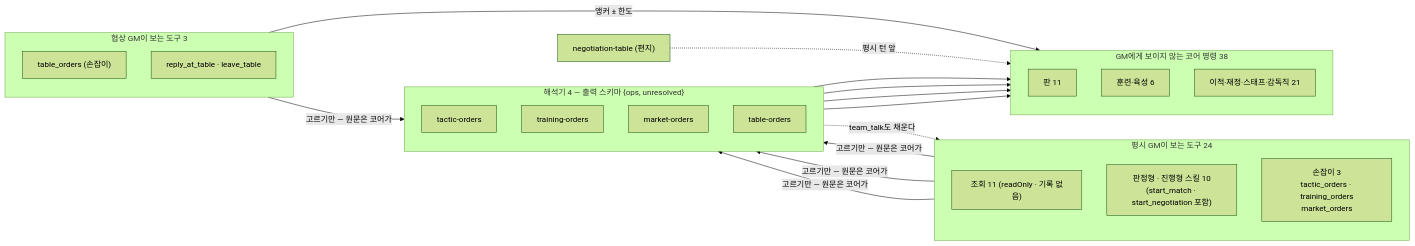
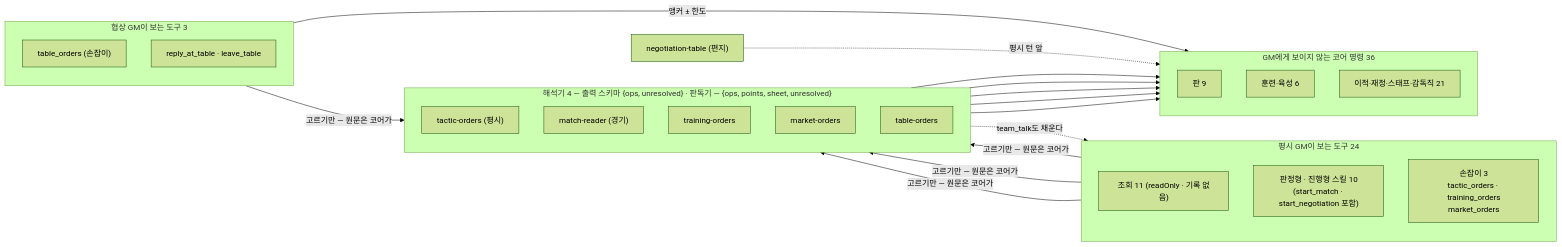
One commit to dhoonjang/story-fm changed the sixth of 11 diagrams in docs/llm/pipeline.md. Above: the diagram before and after it, drawn with Mermaid (forest theme). The commit also changed other lines of this file and 9 other files, not shown here.

Commit message:
docs(match): 경기를 코어 로직과 전술 포인트·시트의 두 층으로 가르고 판독기 하나가 위층을 쓴다

````diff
--- a/docs/llm/pipeline.md
+++ b/docs/llm/pipeline.md
@@ -217,35 +217,37 @@
 ```mermaid
 flowchart LR
   subgraph GMTOOLS["평시 GM이 보는 도구 24"]
     direction TB
     RO["조회 11 (readOnly · 기록 없음)"]
     SK["판정형 · 진행형 스킬 10<br/>(start_match · start_negotiation 포함)"]
     HD["손잡이 3<br/>tactic_orders · training_orders<br/>market_orders"]
   end
   subgraph NEGTOOLS["협상 GM이 보는 도구 3"]
     direction TB
     NH["table_orders (손잡이)"]
     NR["reply_at_table · leave_table"]
   end
-  subgraph INTERP["해석기 4 — 출력 스키마 {ops, unresolved}"]
+  subgraph INTERP["해석기 4 — 출력 스키마 {ops, unresolved} · 판독기 — {ops, points, sheet, unresolved}"]
     direction TB
-    TO["tactic-orders"]
+    TO["tactic-orders (평시)"]
+    MR["match-reader (경기)"]
     TRO["training-orders"]
     MO["market-orders"]
     TBO["table-orders"]
   end
-  subgraph CMD["GM에게 보이지 않는 코어 명령 38"]
+  subgraph CMD["GM에게 보이지 않는 코어 명령 36"]
     direction TB
-    C1["판 11"]
+    C1["판 9"]
     C2["훈련·육성 6"]
     C3["이적·재정·스태프·감독직 21"]
   end
   NT["negotiation-table (편지)"]
   HD -->|"고르기만 — 원문은 코어가"| TO --> C1
+  MR --> C1
   HD -->|"고르기만 — 원문은 코어가"| TRO --> C2
   HD -->|"고르기만 — 원문은 코어가"| MO --> C3
   NH -->|"고르기만 — 원문은 코어가"| TBO --> C3
   NR -->|"앵커 ± 한도"| C3
   NT -.->|"평시 턴 앞"| C3
   TO -.->|"team_talk도 채운다"| SK
 ```
````
